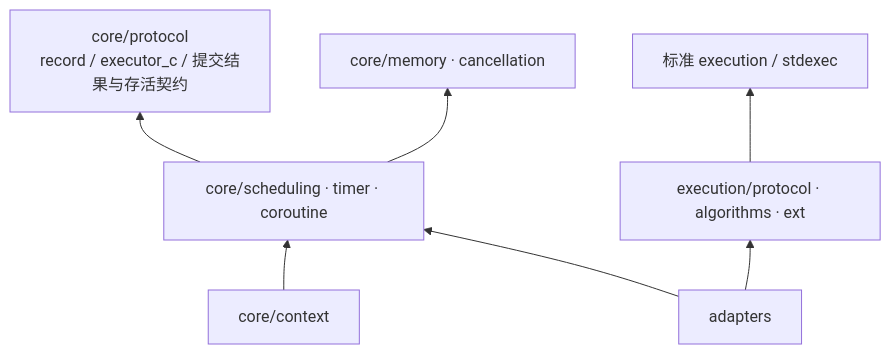
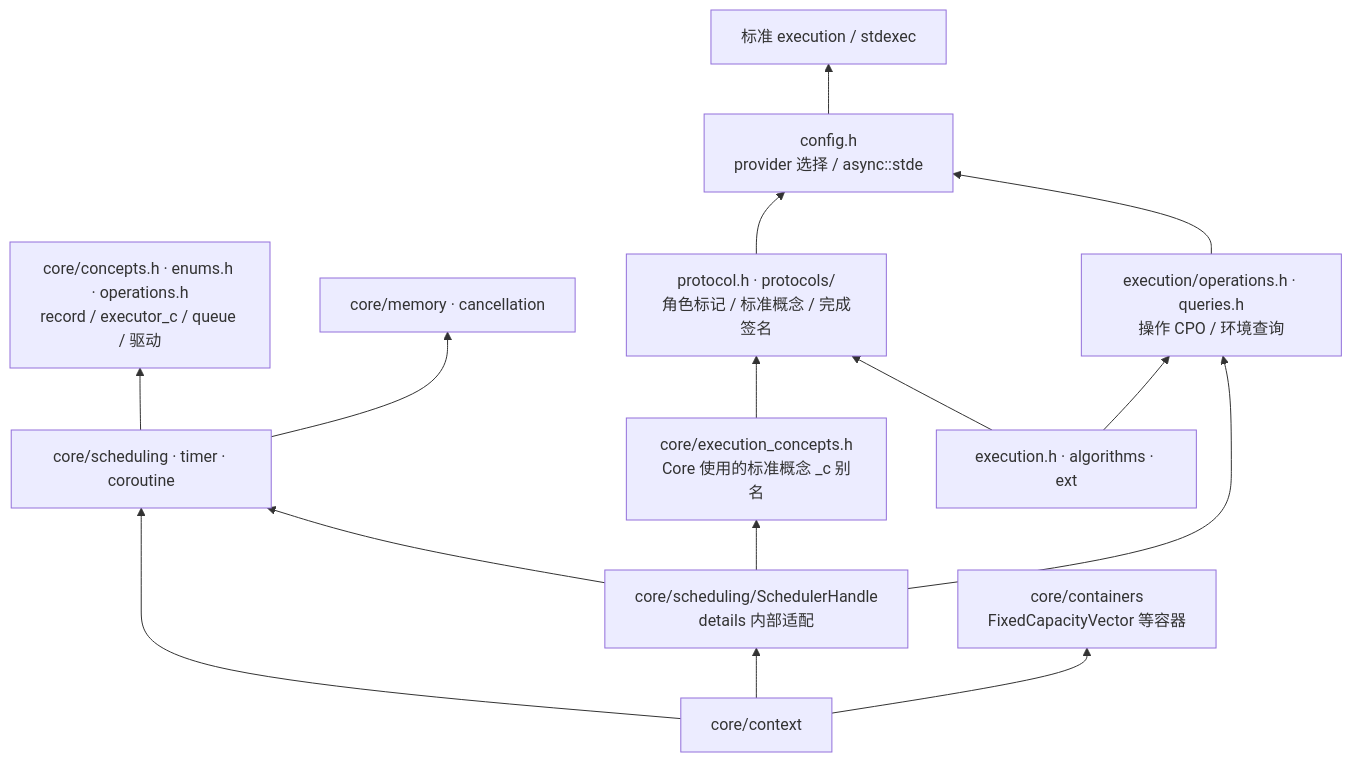
Before and after one commit to mmmmmcree/async: the first of 4 diagrams in CORE_DESIGN.md, drawn with Mermaid. The commit also changed other lines of this file and 76 other files, not shown here.

````diff
--- a/CORE_DESIGN.md
+++ b/CORE_DESIGN.md
@@ -41,16 +43,29 @@
 ```mermaid
 flowchart BT
-    P["core/protocol<br/>record / executor_c / 提交结果与存活契约"]
+    P["core/concepts.h · enums.h · operations.h<br/>record / executor_c / queue / 驱动"]
+    V["core/execution_concepts.h<br/>Core 使用的标准概念 _c 别名"]
     M["core/memory · cancellation"]
+    K["core/containers<br/>FixedCapacityVector 等容器"]
     R["core/scheduling · timer · coroutine"]
     C["core/context"]
-    E["execution/protocol · algorithms · ext"]
+    EP["protocol.h · protocols/<br/>角色标记 / 标准概念 / 完成签名"]
+    O["execution/operations.h · queries.h<br/>操作 CPO / 环境查询"]
+    E["execution.h · algorithms · ext"]
+    F["config.h<br/>provider 选择 / async::stde"]
     S["标准 execution / stdexec"]
-    A["adapters"]
+    A["core/scheduling/SchedulerHandle<br/>details 内部适配"]
     R --> P
     R --> M
     C --> R
-    E --> S
+    C --> A
+    C --> K
+    E --> EP
+    E --> O
+    EP --> F
+    O --> F
+    F --> S
+    V --> EP
     A --> R
-    A --> E
+    A --> V
+    A --> O
 ```
````
